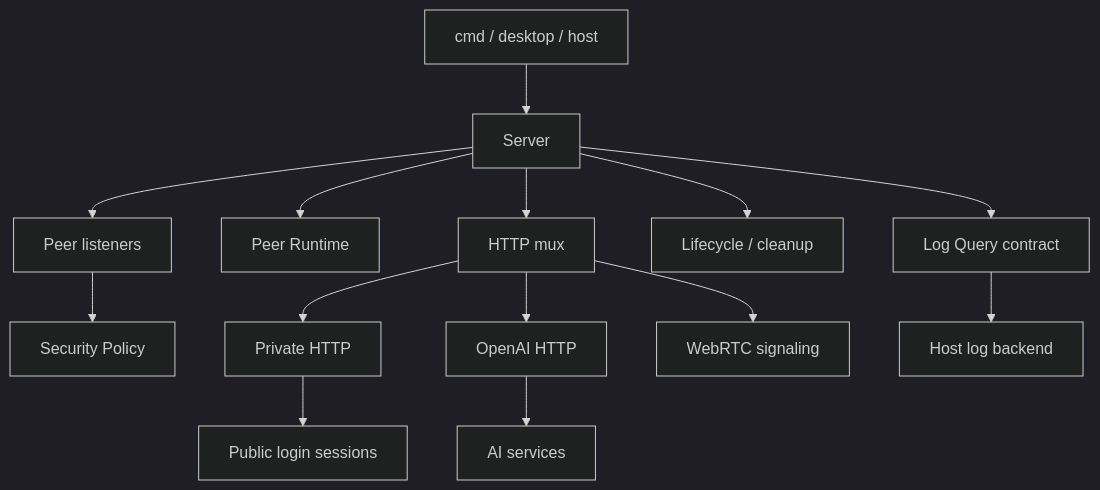
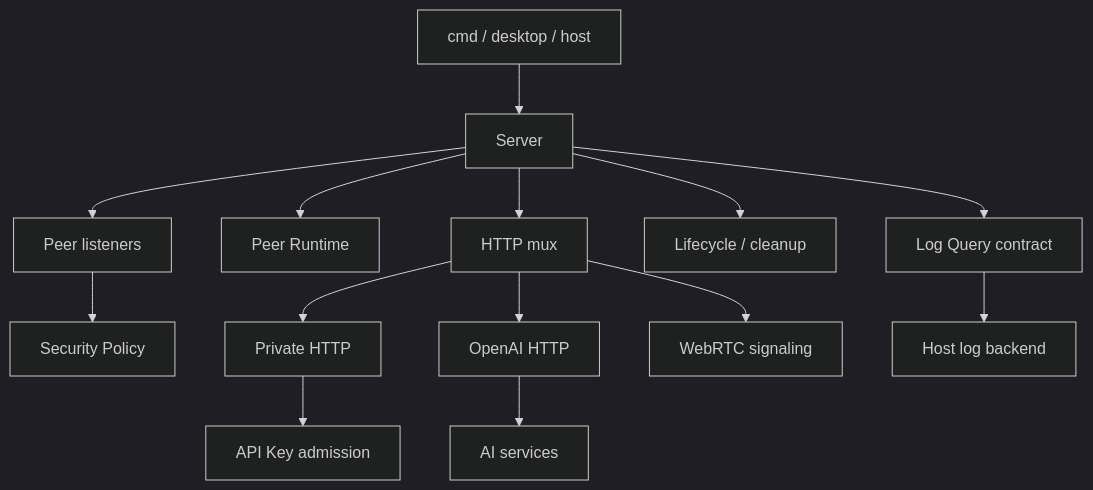
One commit to GizClaw/gizclaw changed the diagram in guides/zh/developing/gizclaw/server/overview.md. Above: the diagram before and after it, drawn with Mermaid (dark theme). The commit also changed 131 other files, not shown here.

First line of the commit message:
auth: replace public login with device-bound API keys (#903)

````diff
--- a/guides/zh/developing/gizclaw/server/overview.md
+++ b/guides/zh/developing/gizclaw/server/overview.md
@@ -17,18 +17,18 @@
 ```mermaid
 flowchart TB
     Host["cmd / desktop / host"] --> Core["Server"]
     Core --> Listeners["Peer listeners"]
     Core --> Peer["Peer Runtime"]
     Core --> HTTP["HTTP mux"]
     Core --> Cleanup["Lifecycle / cleanup"]
 
     Listeners --> Policy["Security Policy"]
     HTTP --> Private["Private HTTP"]
     HTTP --> OpenAI["OpenAI HTTP"]
     HTTP --> Signaling["WebRTC signaling"]
 
-    Private --> Login["Public login sessions"]
+    Private --> APIKeys["API Key admission"]
     OpenAI --> AI["AI services"]
     Core --> Logs["Log Query contract"]
     Logs --> Backend["Host log backend"]
 ```
````
